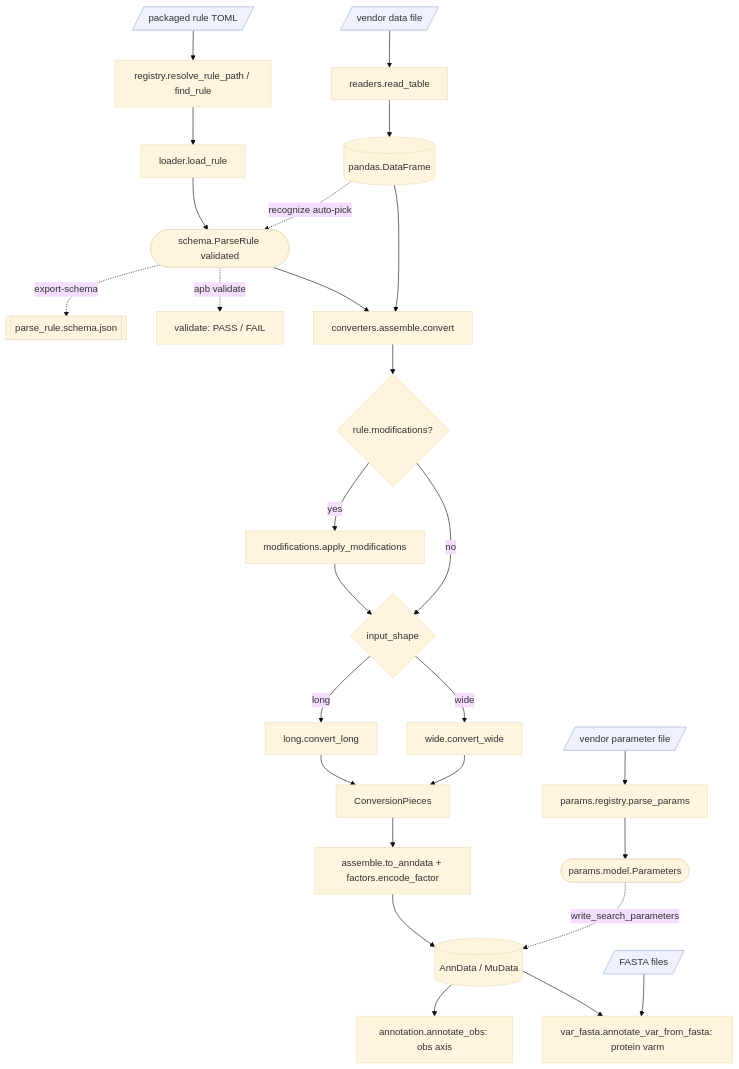
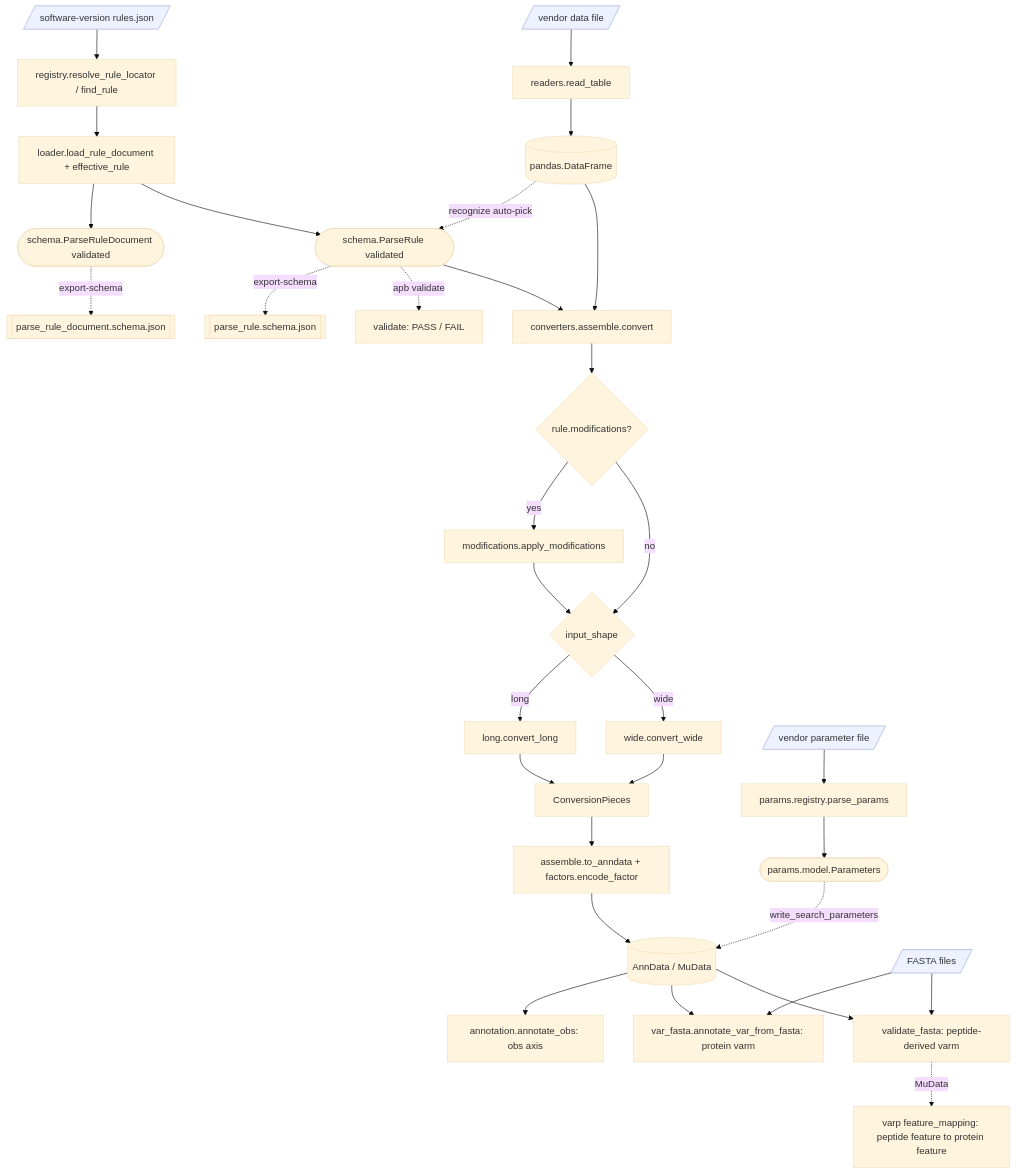
The diagram in docs/ARCHITECTURE.md (anndata-omics-bridge/anndata-proteomics-bridge), drawn with Mermaid (base theme) before and after one commit. The commit also changed other lines of this file and 84 other files, not shown here.

Commit message:
feat: consolidate JSON rules and typed container metadata

````diff
--- a/docs/ARCHITECTURE.md
+++ b/docs/ARCHITECTURE.md
@@ -13,36 +13,41 @@
 ```mermaid
 flowchart TD
-    toml[/packaged rule TOML/] --> resolve[registry.resolve_rule_path / find_rule]
-    resolve --> load[loader.load_rule]
+    config[/software-version rules.json/] --> resolve[registry.resolve_rule_locator / find_rule]
+    resolve --> load[loader.load_rule_document + effective_rule]
+    load --> source([schema.ParseRuleDocument validated])
     load --> rule([schema.ParseRule validated])
+    source -. export-schema .-> sourceschema[[parse_rule_document.schema.json]]
     rule -. export-schema .-> schemajson[[parse_rule.schema.json]]
     rule -. apb validate .-> val[validate: PASS / FAIL]
 
     data[/vendor data file/] --> readtable[readers.read_table]
     readtable --> df[(pandas.DataFrame)]
     df -. recognize auto-pick .-> rule
 
     df --> convert[converters.assemble.convert]
     rule --> convert
     convert --> mods{rule.modifications?}
     mods -->|yes| applymods[modifications.apply_modifications]
     mods -->|no| shape{input_shape}
     applymods --> shape
     shape -->|long| long[long.convert_long]
     shape -->|wide| wide[wide.convert_wide]
     long --> pieces[ConversionPieces]
     wide --> pieces
     pieces --> assemble[assemble.to_anndata + factors.encode_factor]
     assemble --> adata[(AnnData / MuData)]
 
     paramfile[/vendor parameter file/] --> parseparams[params.registry.parse_params]
     parseparams --> params([params.model.Parameters])
     params -. write_search_parameters .-> adata
 
     adata --> annobs[annotation.annotate_obs: obs axis]
     fastafile[/FASTA files/] --> annvar[var_fasta.annotate_var_from_fasta: protein varm]
     adata --> annvar
+    fastafile --> valfasta[validate_fasta: peptide-derived varm]
+    adata --> valfasta
+    valfasta -. MuData .-> mulink[varp feature_mapping: peptide feature to protein feature]
 
     classDef io fill:#eef2ff,stroke:#9aa7d8;
-    class toml,data,paramfile,fastafile io;
+    class config,data,paramfile,fastafile io;
 ```
````
